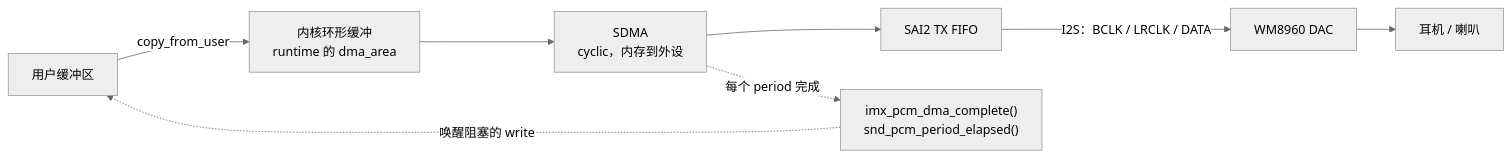
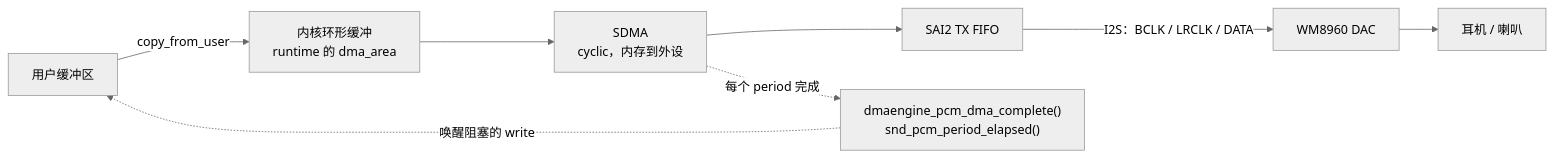
The second of 2 diagrams in docs/analysis/kernel/sound/imx6ull-audio-playback-flow.md (dengtaowei/blogD), drawn with Mermaid (neutral theme) before and after one commit. The commit also changed other lines of this file and 4 other files, not shown here.

First line of the commit message:
update(sound): 补充 WM8960 本板接线与简化接线图

````diff
--- a/docs/analysis/kernel/sound/imx6ull-audio-playback-flow.md
+++ b/docs/analysis/kernel/sound/imx6ull-audio-playback-flow.md
@@ -214,16 +215,16 @@
 ```mermaid
 flowchart LR
   U["用户缓冲区"]
   R["内核环形缓冲<br/>runtime 的 dma_area"]
   S["SDMA<br/>cyclic，内存到外设"]
   F["SAI2 TX FIFO"]
   C["WM8960 DAC"]
   O["耳机 / 喇叭"]
-  P["imx_pcm_dma_complete()<br/>snd_pcm_period_elapsed()"]
+  P["dmaengine_pcm_dma_complete()<br/>snd_pcm_period_elapsed()"]
 
   U -->|copy_from_user| R
   R --> S --> F
   F -->|"I2S：BCLK / LRCLK / DATA"| C --> O
   S -.->|"每个 period 完成"| P
   P -.->|"唤醒阻塞的 write"| U
 ```
````
